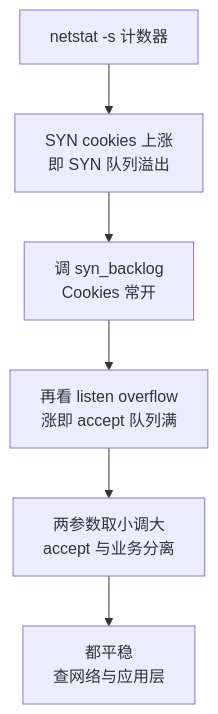
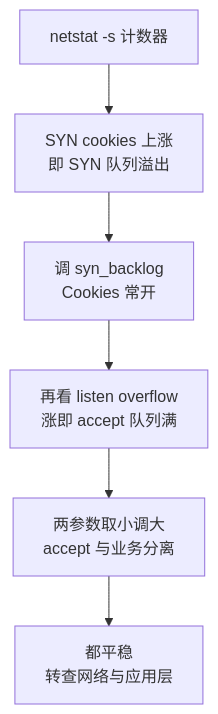
Before and after one commit to hub138/technical-knowledge: the third of 3 diagrams in vault/工程知识/性能工程：从用户等待到资源瓶颈/存储与网络/连接建立失败先看内核队列：SYN 队列与 accept 队列是两个瓶颈.md, drawn with Mermaid. The commit also changed other lines of this file and 622 other files, not shown here.

````diff
--- a/vault/工程知识/性能工程：从用户等待到资源瓶颈/存储与网络/连接建立失败先看内核队列：SYN 队列与 accept 队列是两个瓶颈.md
+++ b/vault/工程知识/性能工程：从用户等待到资源瓶颈/存储与网络/连接建立失败先看内核队列：SYN 队列与 accept 队列是两个瓶颈.md
@@ -53,8 +74,8 @@
 ```mermaid
 graph TD
     A["netstat -s 计数器"] --> B["SYN cookies 上涨<br/>即 SYN 队列溢出"]
     B --> C["调 syn_backlog<br/>Cookies 常开"]
     C --> D["再看 listen overflow<br/>涨即 accept 队列满"]
     D --> E["两参数取小调大<br/>accept 与业务分离"]
-    E --> F["都平稳<br/>查网络与应用层"]
+    E --> F["都平稳<br/>转查网络与应用层"]
 ```
````
